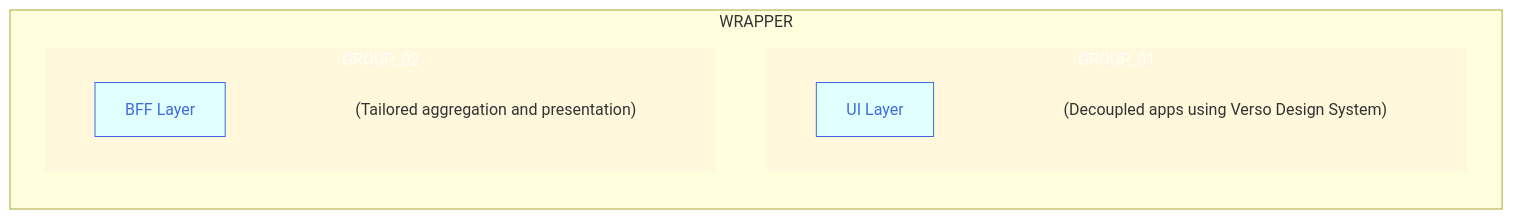
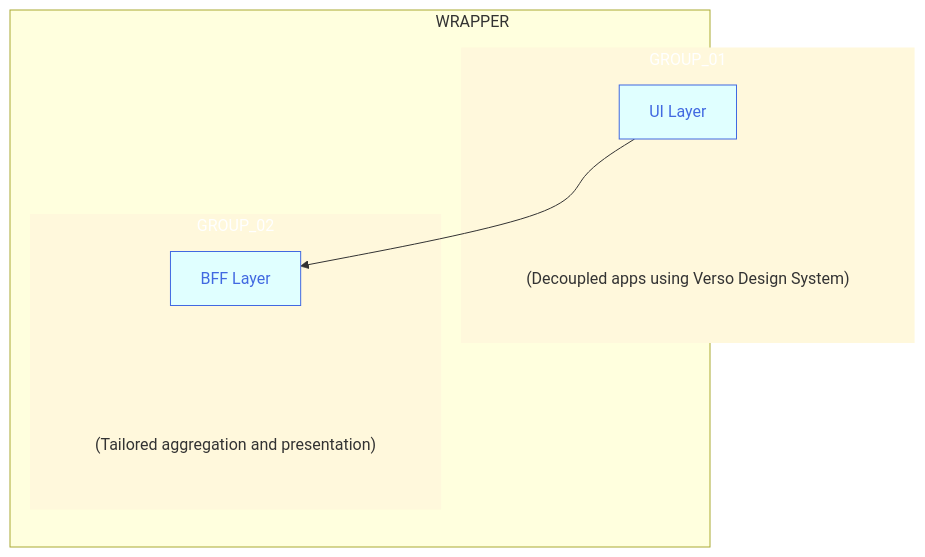
One commit to joe-dorward/samples changed the diagram in buttons_mermaid_v5.md. Above: the diagram before and after it, drawn with Mermaid.

````diff
--- a/buttons_mermaid_v5.md
+++ b/buttons_mermaid_v5.md
@@ -3,46 +3,47 @@
 ```mermaid
   %%{
     init: {
       "flowchart": { "markdownAutoWrap":"false", "textWrap":"false", "textAlign":"left", "wrappingWidth": "100%" }
     }
   }%%
   flowchart TD
 
   classDef Button fill:lightcyan, stroke:royalblue, color:royalblue;
   classDef Note fill:transparent, stroke-width:0px
   %% ---------- ---------- ---------- ---------- ---------- ---------- ---------- ---------- ---------- ----------
 subgraph WRAPPER
   direction TD
 
   subgraph GROUP_01
     %%direction LR
 
     BUTTON_01_NOTE["(Decoupled apps using Verso Design System)"]:::Note
     BUTTON_01["UI Layer"]:::Button
     click BUTTON_01 "https://en.wikipedia.org/wiki/Main_Page" _blank
 
     BUTTON_01~~~
     BUTTON_01_NOTE
   end
   %% ---------- ---------- ---------- ---------- ---------- ---------- ---------- ---------- ---------- ----------
   subgraph GROUP_02
     %%direction LR
 
     BUTTON_02_NOTE["(Tailored aggregation and presentation)"]:::Note
     BUTTON_02["BFF Layer"]:::Button
     click BUTTON_02 "https://en.wikipedia.org/wiki/Main_Page" _blank
 
     BUTTON_02~~~
     BUTTON_02_NOTE
   end
 end
   %% ---------- ---------- ---------- ---------- ---------- ---------- ---------- ---------- ---------- ----------
 
 %%GROUP_01-.-GROUP_02
 
-%%BUTTON_01-->BUTTON_02
+BUTTON_01-->BUTTON_02
 
   style GROUP_01 fill:cornsilk, color:white, stroke-width:0px
   style GROUP_02 fill:cornsilk, color:white, stroke-width:0px
 
+  style WRAPPER width: 700px
 ```
````
